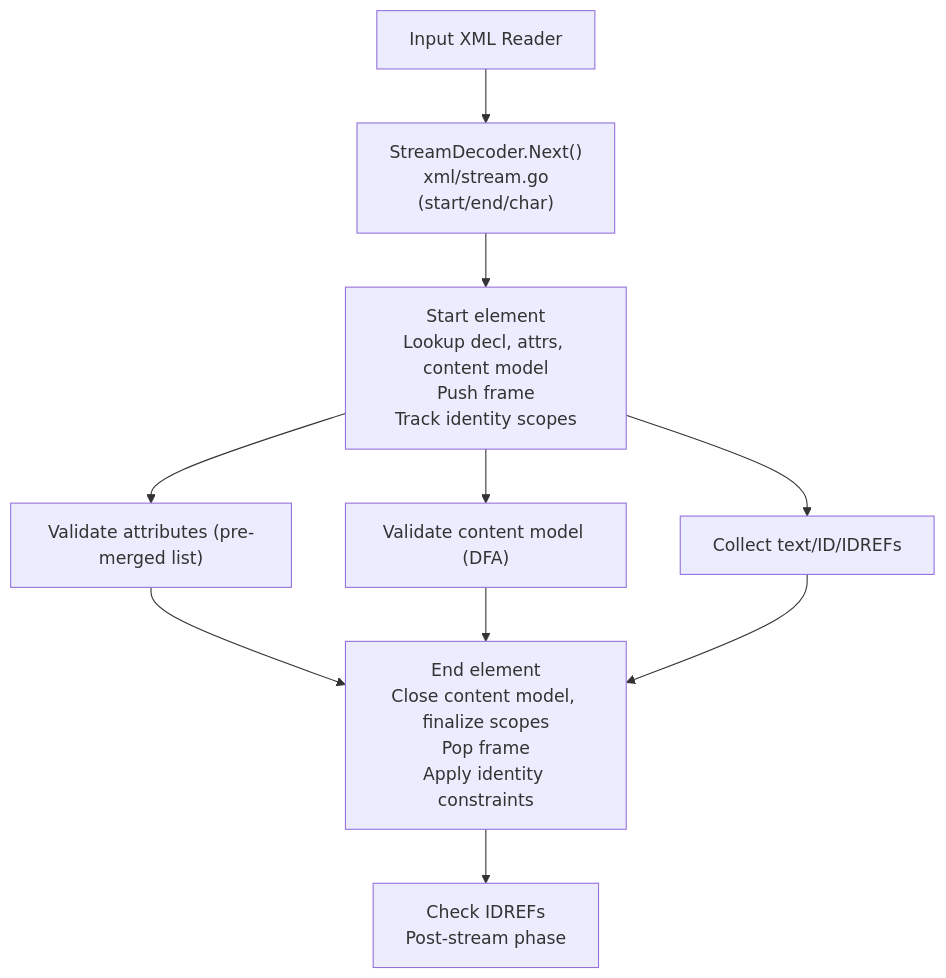
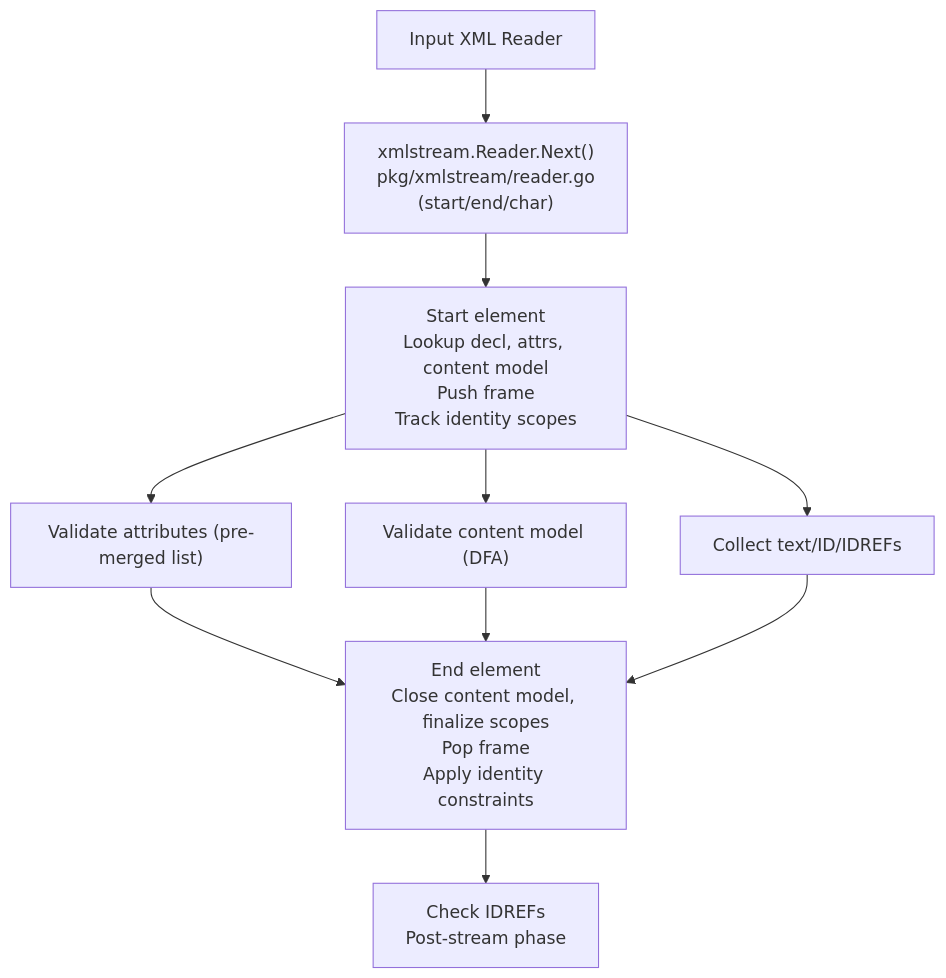
One commit to jacoelho/xsd changed the fifth of 6 diagrams in docs/architecture.md. Above: the diagram before and after it, drawn with Mermaid. The commit also changed other lines of this file and 15 other files, not shown here.

First line of the commit message:
refactor(xml): replace internal stream decoder with xmlstream

````diff
--- a/docs/architecture.md
+++ b/docs/architecture.md
@@ -152,11 +152,11 @@
 ```mermaid
 flowchart TD
-  Reader["Input XML Reader"] --> Next["StreamDecoder.Next()<br/>xml/stream.go<br/>(start/end/char)"] --> Start["Start element<br/>Lookup decl, attrs, content model<br/>Push frame<br/>Track identity scopes"]
+  Reader["Input XML Reader"] --> Next["xmlstream.Reader.Next()<br/>pkg/xmlstream/reader.go<br/>(start/end/char)"] --> Start["Start element<br/>Lookup decl, attrs, content model<br/>Push frame<br/>Track identity scopes"]
   Start --> Attrs["Validate attributes (pre-merged list)"]
   Start --> Content["Validate content model (DFA)"]
   Start --> Collect["Collect text/ID/IDREFs"]
   Attrs --> End["End element<br/>Close content model, finalize scopes<br/>Pop frame<br/>Apply identity constraints"]
   Content --> End
   Collect --> End
   End --> Check["Check IDREFs<br/>Post-stream phase"]
 ```
````
